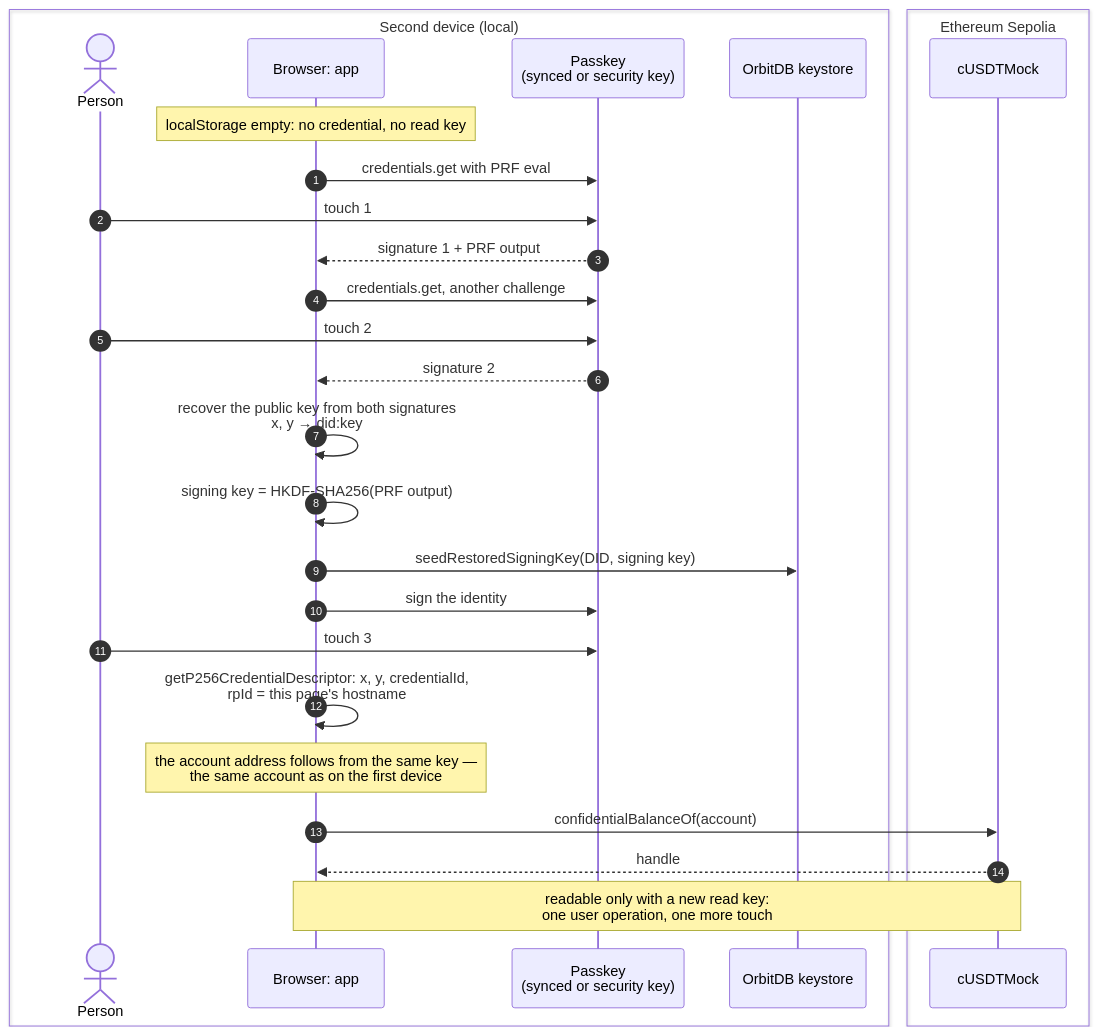
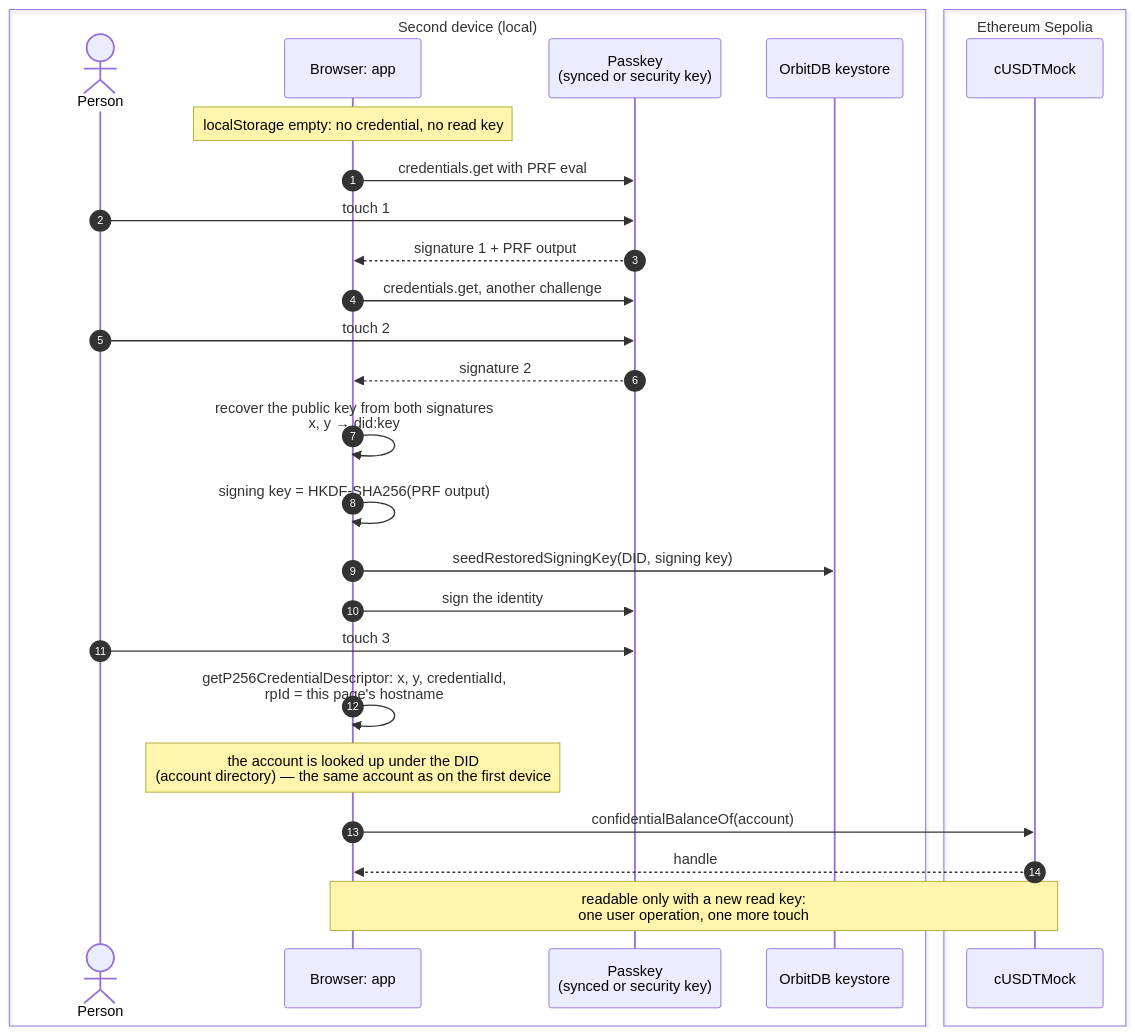
The third of 7 diagrams in apps/escrow01/docs/passkey-account.md (Le-Space/simple-todo), drawn with Mermaid before and after one commit. The commit also changed other lines of this file and 27 other files, not shown here.

````diff
--- a/apps/escrow01/docs/passkey-account.md
+++ b/apps/escrow01/docs/passkey-account.md
@@ -354,31 +360,31 @@
 ```mermaid
 sequenceDiagram
   autonumber
   box transparent Second device (local)
     actor P as Person
     participant App as Browser: app
     participant PK as Passkey<br/>(synced or security key)
     participant KS as OrbitDB keystore
   end
   box transparent Ethereum Sepolia
     participant TOK as cUSDTMock
   end
 
   Note over App: localStorage empty: no credential, no read key
   App->>PK: credentials.get with PRF eval
   P->>PK: touch 1
   PK-->>App: signature 1 + PRF output
   App->>PK: credentials.get, another challenge
   P->>PK: touch 2
   PK-->>App: signature 2
   App->>App: recover the public key from both signatures<br/>x, y → did:key
   App->>App: signing key = HKDF-SHA256(PRF output)
   App->>KS: seedRestoredSigningKey(DID, signing key)
   App->>PK: sign the identity
   P->>PK: touch 3
   App->>App: getP256CredentialDescriptor: x, y, credentialId,<br/>rpId = this page's hostname
-  Note over App: the account address follows from the same key —<br/>the same account as on the first device
+  Note over App: the account is looked up under the DID<br/>(account directory) — the same account as on the first device
   App->>TOK: confidentialBalanceOf(account)
   TOK-->>App: handle
   Note over App,TOK: readable only with a new read key:<br/>one user operation, one more touch
 ```
````
